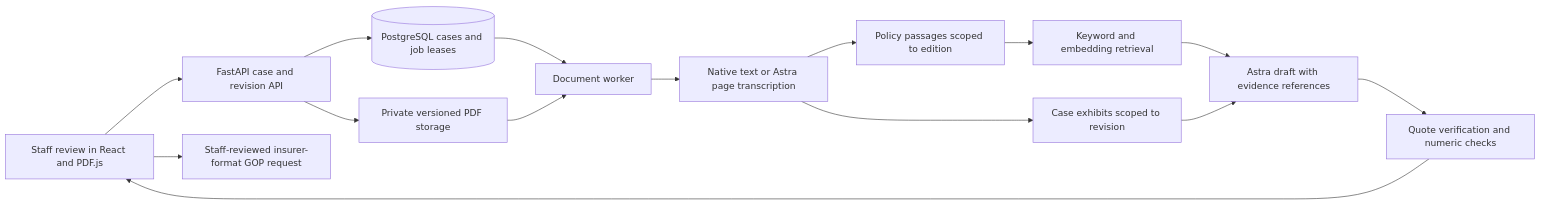
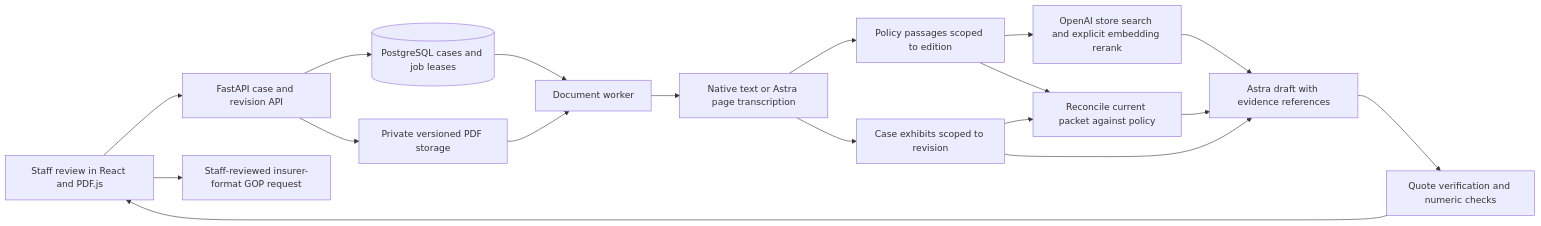
Before and after one commit to ppoisonivyy/ZeroUpfront: the diagram in docs/architecture.md, drawn with Mermaid. The commit also changed other lines of this file and 17 other files, not shown here.

````diff
--- a/docs/architecture.md
+++ b/docs/architecture.md
@@ -22,17 +24,20 @@
 ```mermaid
 flowchart LR
     UI[Staff review in React and PDF.js] --> API[FastAPI case and revision API]
     API --> DB[(PostgreSQL cases and job leases)]
     API --> Files[Private versioned PDF storage]
     DB --> Worker[Document worker]
     Files --> Worker
     Worker --> Reader[Native text or Astra page transcription]
     Reader --> Policy[Policy passages scoped to edition]
     Reader --> Case[Case exhibits scoped to revision]
-    Policy --> Search[Keyword and embedding retrieval]
+    Policy --> Search[OpenAI store search and explicit embedding rerank]
     Search --> Draft[Astra draft with evidence references]
+    Case --> Calc[Reconcile current packet against policy]
+    Policy --> Calc
+    Calc --> Draft
     Case --> Draft
     Draft --> Check[Quote verification and numeric checks]
     Check --> UI
     UI --> Export[Staff-reviewed insurer-format GOP request]
 ```
````
